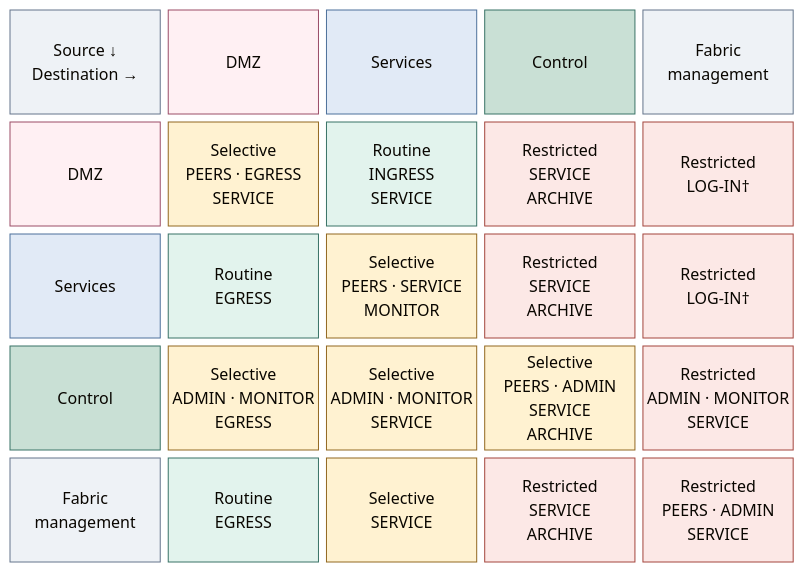
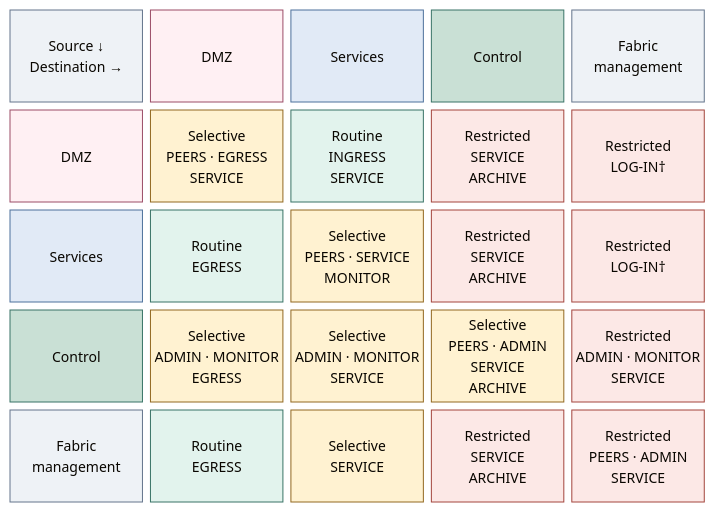
Before and after one commit to Rexus/homelab: the diagram in docs/01-architecture/05-networking/01-firewall-policy.md, drawn with Mermaid. The commit also changed 124 other files, not shown here.

First line of the commit message:
fix(platform): align service diagrams and directory failover

````diff
--- a/docs/01-architecture/05-networking/01-firewall-policy.md
+++ b/docs/01-architecture/05-networking/01-firewall-policy.md
@@ -44,25 +44,25 @@
 ```mermaid
-%%{init: {"theme":"base"}}%%
+%%{init: {"theme":"base","fontFamily":"Arial, sans-serif","themeVariables":{"fontFamily":"Arial, sans-serif","fontSize":"14px","lineColor":"#627581","edgeLabelBackground":"#f8fafc"}}}%%
 block-beta
   columns 5
   Direction["Source ↓<br/>Destination →"] Ddmz["DMZ"] Dservices["Services"] Dcontrol["Control"] Dfabric["Fabric<br/>management"]
   Sdmz["DMZ"] DD["Selective<br/>PEERS · EGRESS<br/>SERVICE"] DS["Routine<br/>INGRESS<br/>SERVICE"] DC["Restricted<br/>SERVICE<br/>ARCHIVE"] DF["Restricted<br/>LOG-IN†"]
   Sservices["Services"] SD["Routine<br/>EGRESS"] SS["Selective<br/>PEERS · SERVICE<br/>MONITOR"] SC["Restricted<br/>SERVICE<br/>ARCHIVE"] SF["Restricted<br/>LOG-IN†"]
   Scontrol["Control"] CD["Selective<br/>ADMIN · MONITOR<br/>EGRESS"] CS["Selective<br/>ADMIN · MONITOR<br/>SERVICE"] CC["Selective<br/>PEERS · ADMIN<br/>SERVICE<br/>ARCHIVE"] CF["Restricted<br/>ADMIN · MONITOR<br/>SERVICE"]
   Sfabric["Fabric<br/>management"] FD["Routine<br/>EGRESS"] FS["Selective<br/>SERVICE"] FC["Restricted<br/>SERVICE<br/>ARCHIVE"] FF["Restricted<br/>PEERS · ADMIN<br/>SERVICE"]
   classDef default fill:#f8fafc,stroke:#64748b,color:#1f2937
   classDef boundary fill:#eef2f6,stroke:#64748b,color:#1f2937
   classDef control fill:#e2f3ed,stroke:#397366,color:#173f36
   classDef custody fill:#fff2d1,stroke:#926820,color:#584013
   classDef fault fill:#fce8e6,stroke:#a3453d,color:#652c28
   class Direction,Dfabric,Sfabric boundary
   classDef zoneEdge fill:#fff0f3,stroke:#9b4d67,color:#502638
   classDef zoneServices fill:#e1eaf6,stroke:#4d719b,color:#203a5b
   classDef zoneControl fill:#c9e0d5,stroke:#397366,color:#173f36
   class Ddmz,Sdmz zoneEdge
   class Dservices,Sservices zoneServices
   class Dcontrol,Scontrol zoneControl
   class DS,SD,FD control
   class DD,SS,CD,CS,CC,FS custody
   class DC,DF,SC,SF,CF,FC,FF fault
 ```
````
